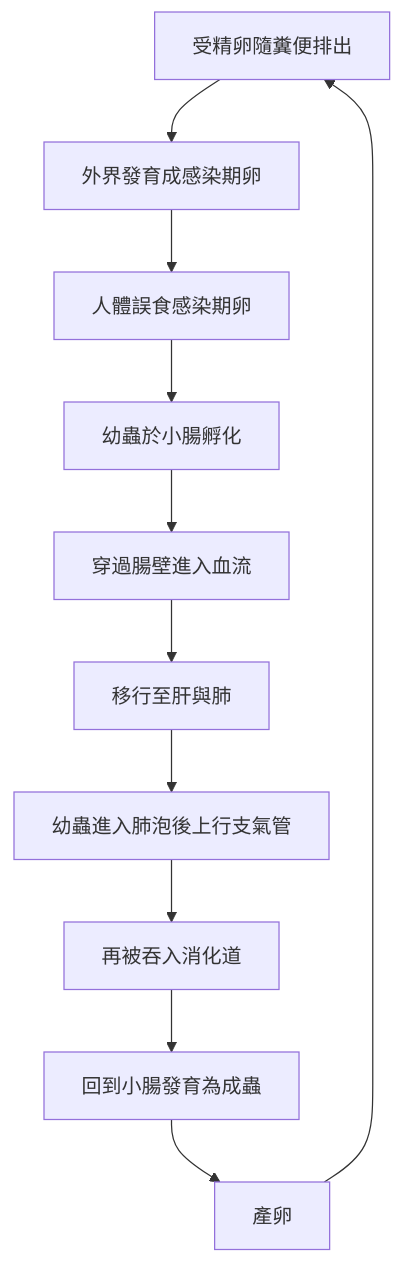
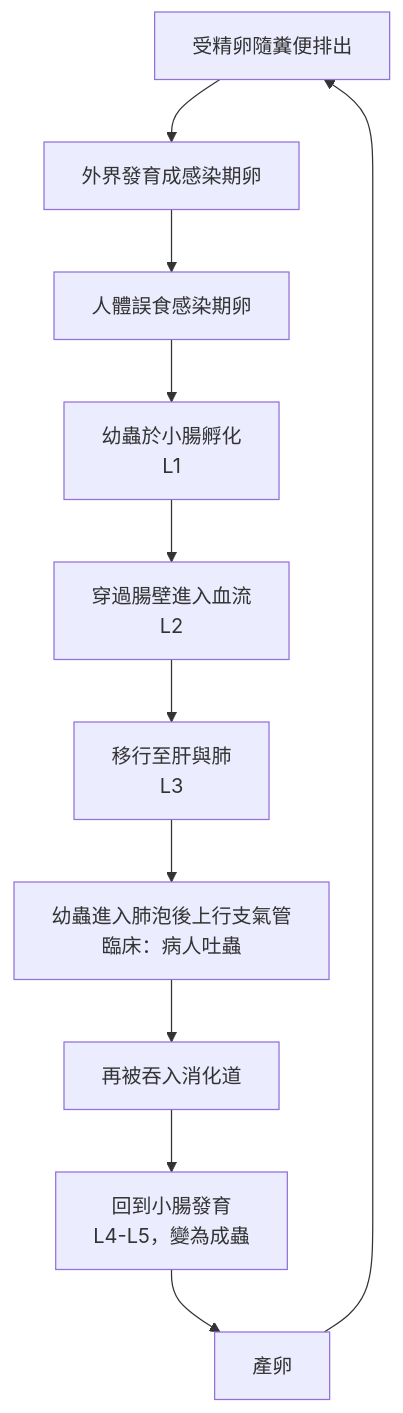
Before and after one commit to xenocgytjp/parasite-graph: the fourth of 4 diagrams in 綜論.md, drawn with Mermaid. The commit also changed other lines of this file, not shown here.

````diff
--- a/綜論.md
+++ b/綜論.md
@@ -154,13 +154,13 @@
 ```mermaid
 flowchart TD
     A[受精卵隨糞便排出] --> B[外界發育成感染期卵]
     B --> C[人體誤食感染期卵]
-    C --> D[幼蟲於小腸孵化]
-    D --> E[穿過腸壁進入血流]
-    E --> F[移行至肝與肺]
-    F --> G[幼蟲進入肺泡後上行支氣管]
+    C --> D[幼蟲於小腸孵化<br/>L1]
+    D --> E[穿過腸壁進入血流<br/>L2]
+    E --> F[移行至肝與肺<br/>L3]
+    F --> G[幼蟲進入肺泡後上行支氣管<br/>臨床：病人吐蟲]
     G --> H[再被吞入消化道]
-    H --> I[回到小腸發育為成蟲]
+    H --> I[回到小腸發育<br/>L4-L5，變為成蟲]
     I --> J[產卵]
     J --> A
 ```
````
